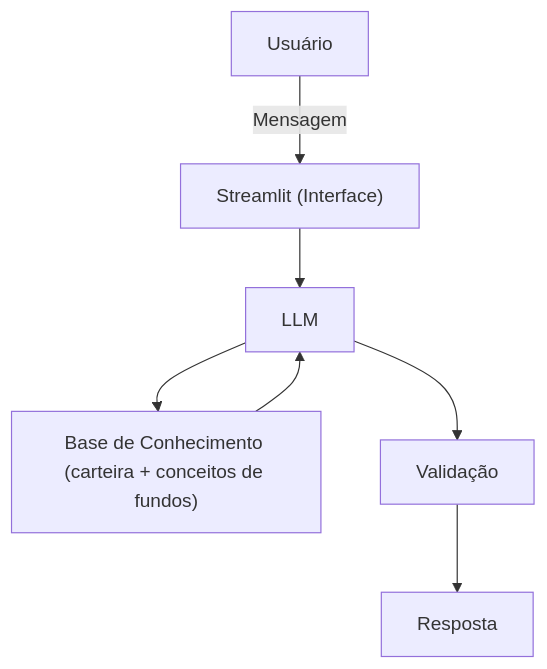
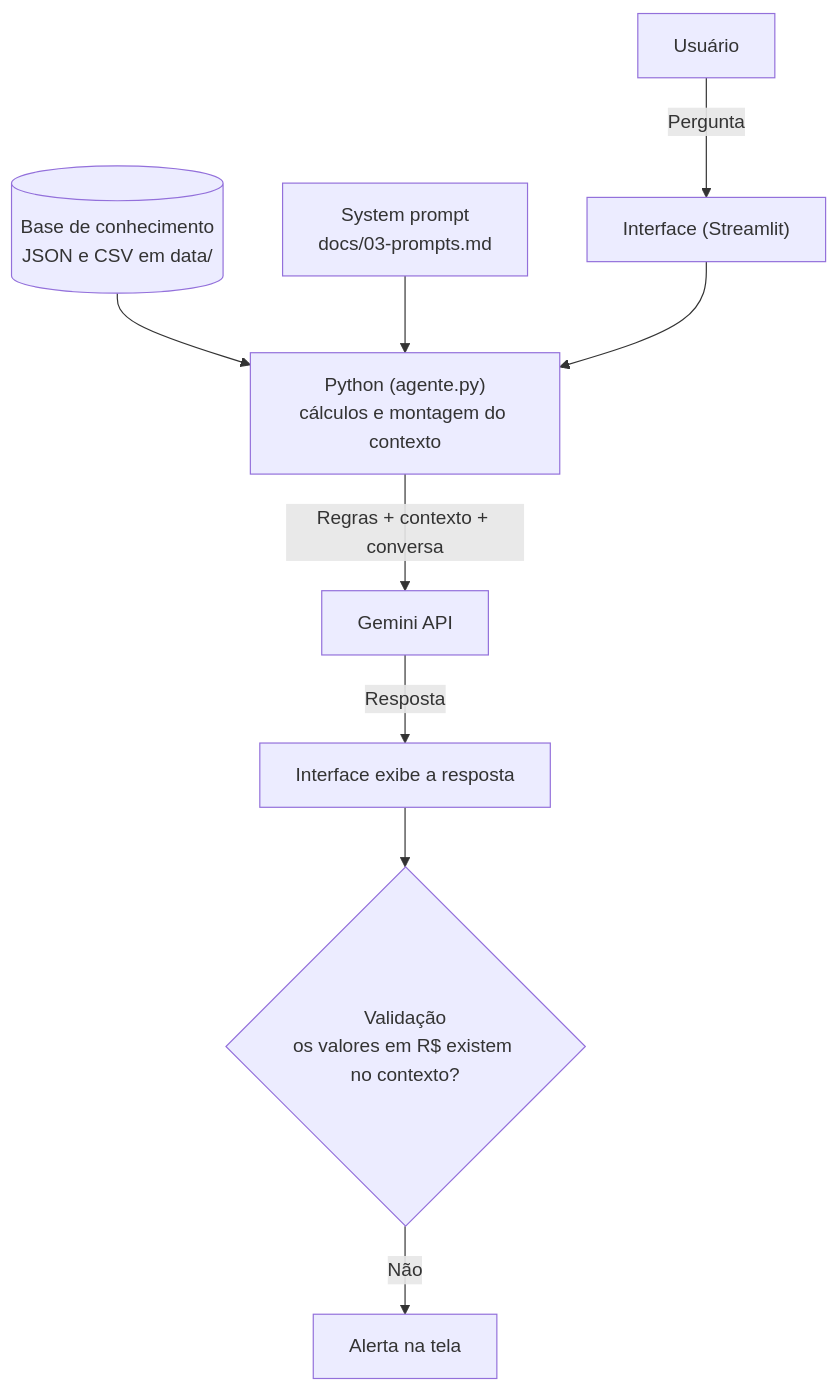
Before and after one commit to fernando-a-monteiro/smith-educador-financeiro: the diagram in README.md, drawn with Mermaid. The commit also changed 1 other file, not shown here.

Commit message:
docs: corrige diagrama de arquitetura conforme o fluxo real

````diff
--- a/README.md
+++ b/README.md
@@ -30,9 +30,11 @@
 ```mermaid
 flowchart TD
-    A[Usuário] -->|Mensagem| B["Streamlit (Interface)"]
-    B --> C[LLM]
-    C --> D["Base de Conhecimento (carteira + conceitos de fundos)"]
-    D --> C
-    C --> E[Validação]
-    E --> F[Resposta]
+    A[Usuário] -->|Pergunta| B["Interface (Streamlit)"]
+    D[("Base de conhecimento<br/>JSON e CSV em data/")] --> C["Python (agente.py)<br/>cálculos e montagem do contexto"]
+    P["System prompt<br/>docs/03-prompts.md"] --> C
+    B --> C
+    C -->|"Regras + contexto + conversa"| G["Gemini API"]
+    G -->|Resposta| E["Interface exibe a resposta"]
+    E --> V{"Validação<br/>os valores em R$ existem no contexto?"}
+    V -->|Não| W["Alerta na tela"]
 ```
````
